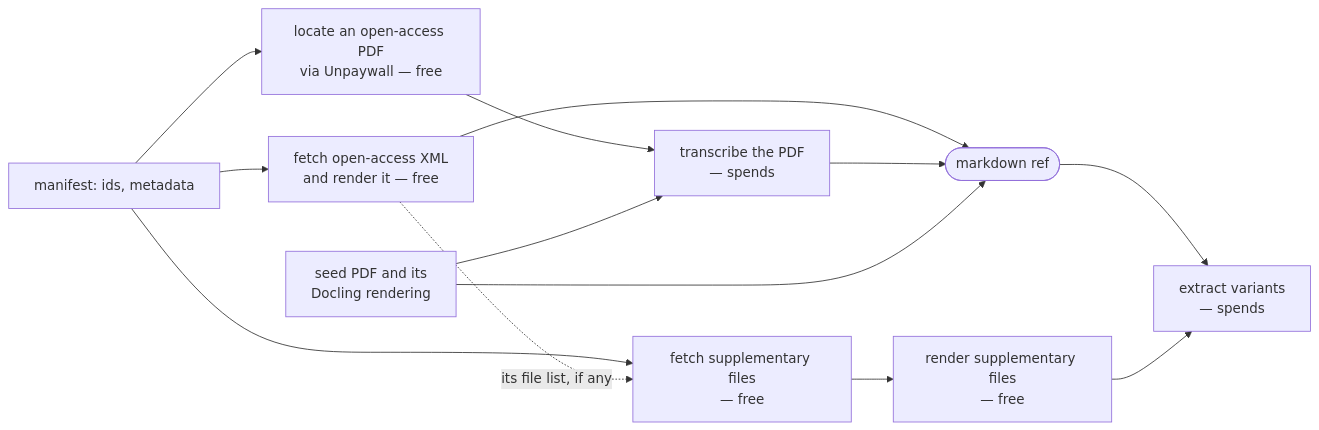
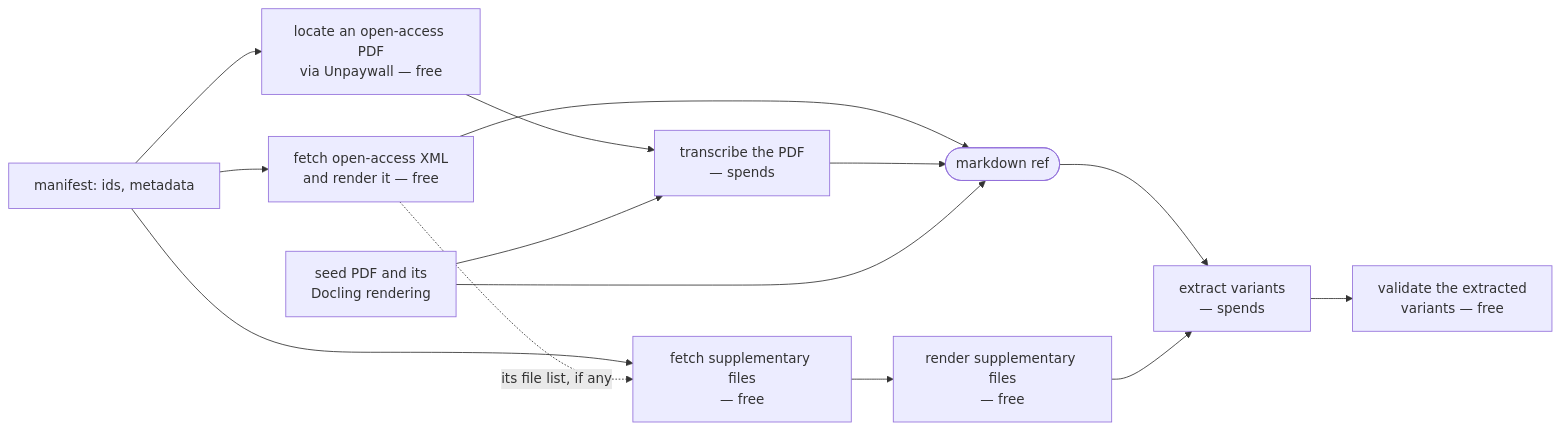
Before and after one commit to populationgenomics/themis: the second of 5 diagrams in docs/design/evidence-fulltext.md, drawn with Mermaid. The commit also changed other lines of this file and 2 other files, not shown here.

First line of the commit message:
docs(design): extracting variants from a paper, and the worker steps that run it (#949)

````diff
--- a/docs/design/evidence-fulltext.md
+++ b/docs/design/evidence-fulltext.md
@@ -209,15 +209,16 @@
 ```mermaid
 flowchart LR
     ids["manifest: ids, metadata"] --> oa["fetch open-access XML<br/>and render it — free"]
     ids --> locate["locate an open-access PDF<br/>via Unpaywall — free"]
     locate --> ocr["transcribe the PDF<br/>— spends"]
     seed["seed PDF and its<br/>Docling rendering"] --> ocr
     oa --> md(["markdown ref"])
     ocr --> md
     seed --> md
     ids --> sfetch["fetch supplementary files<br/>— free"]
     oa -.->|its file list, if any| sfetch
     sfetch --> srender["render supplementary files<br/>— free"]
     md --> variants["extract variants<br/>— spends"]
     srender --> variants
+    variants --> verdicts["validate the extracted<br/>variants — free"]
 ```
````
